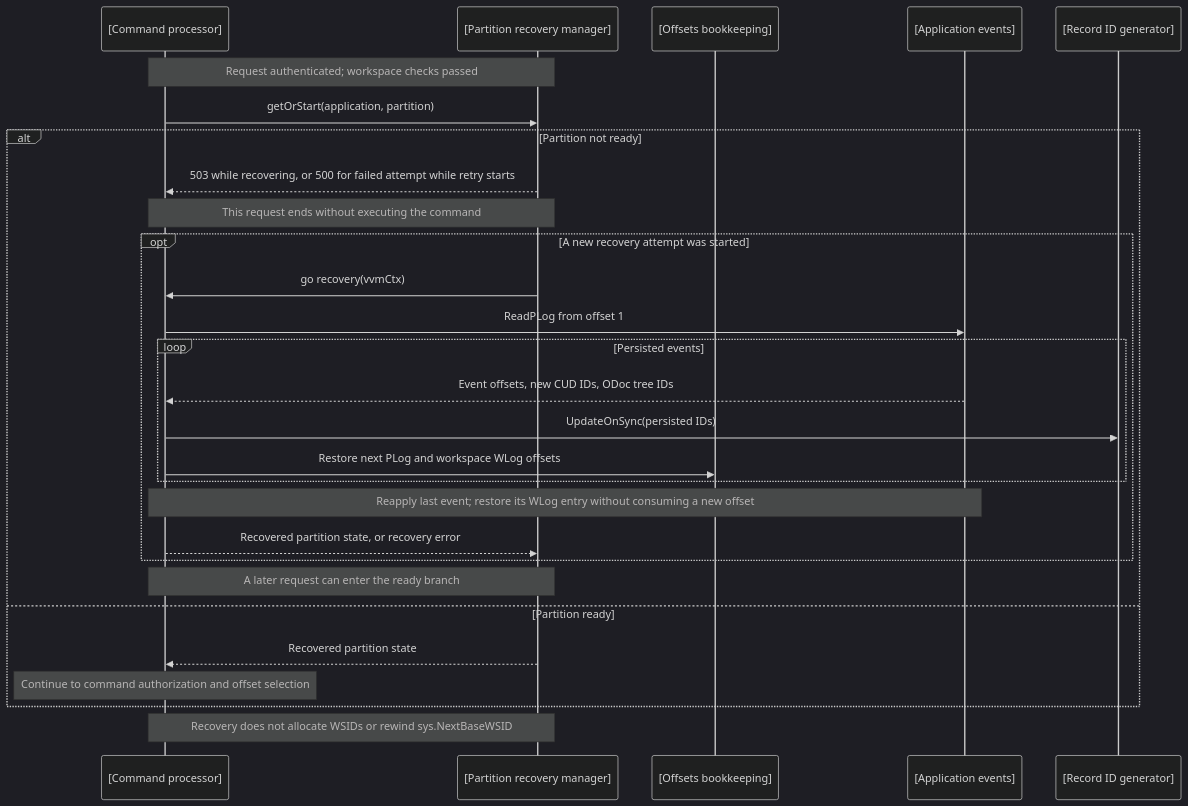
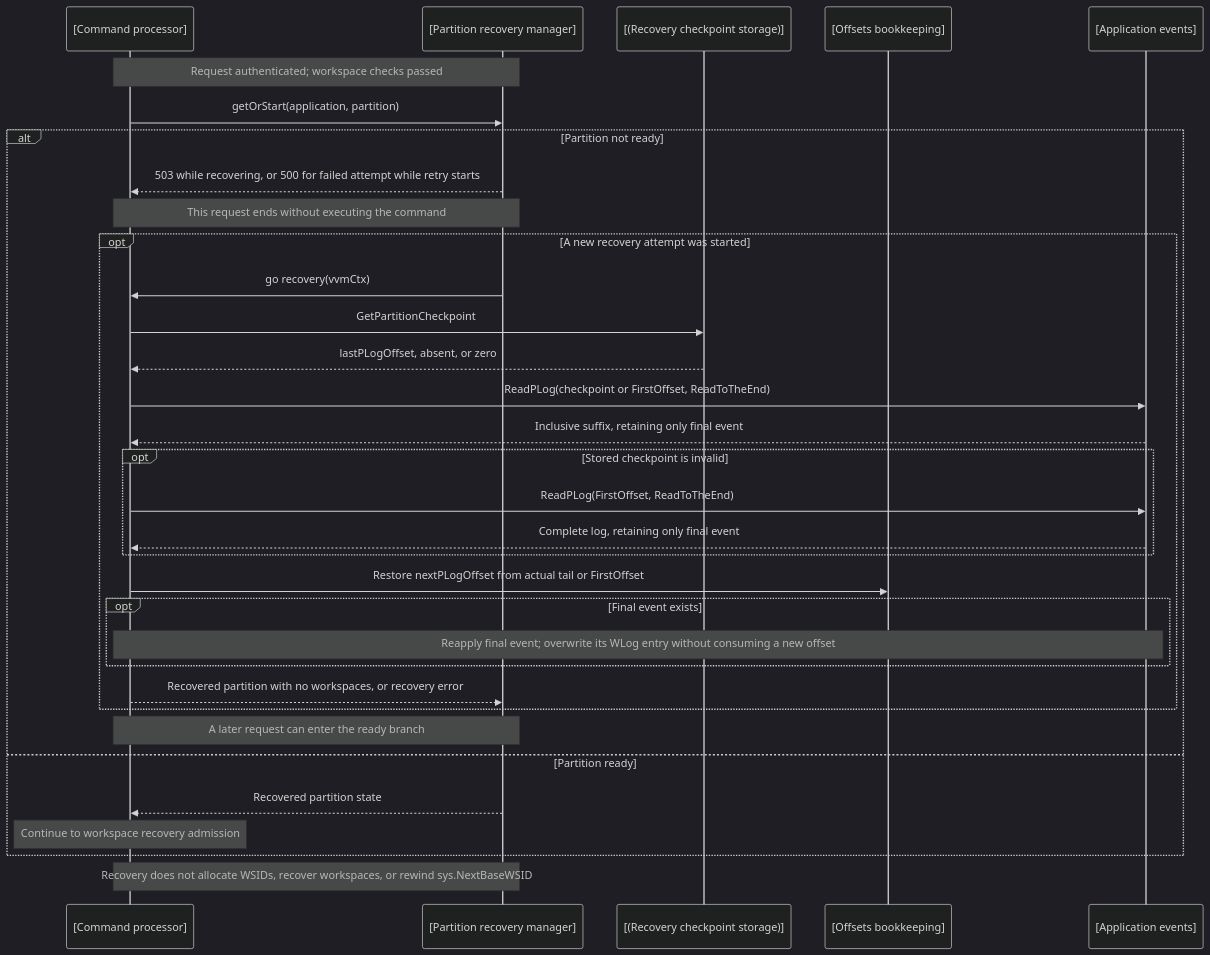
The second of 9 diagrams in uspecs/specs/prod/apps/arch-sequences.md (host6/voedger), drawn with Mermaid (dark theme) before and after one commit. The commit also changed other lines of this file and 1 other file, not shown here.

````diff
--- a/uspecs/specs/prod/apps/arch-sequences.md
+++ b/uspecs/specs/prod/apps/arch-sequences.md
@@ -239,31 +347,36 @@
 ```mermaid
 sequenceDiagram
     participant CP as [Command processor]
-    participant Recovery as [Partition recovery manager]
+    participant PartitionRecovery as [Partition recovery manager]
+    participant Checkpoints as [(Recovery checkpoint storage)]
     participant Offsets as [Offsets bookkeeping]
     participant Events as [Application events]
-    participant IDs as [Record ID generator]
 
-    Note over CP,Recovery: Request authenticated#59; workspace checks passed
-    CP->>Recovery: getOrStart(application, partition)
+    Note over CP,PartitionRecovery: Request authenticated#59; workspace checks passed
+    CP->>PartitionRecovery: getOrStart(application, partition)
     alt Partition not ready
-        Recovery-->>CP: 503 while recovering, or 500 for failed attempt while retry starts
-        Note over CP,Recovery: This request ends without executing the command
+        PartitionRecovery-->>CP: 503 while recovering, or 500 for failed attempt while retry starts
+        Note over CP,PartitionRecovery: This request ends without executing the command
         opt A new recovery attempt was started
-            Recovery->>CP: go recovery(vvmCtx)
-            CP->>Events: ReadPLog from offset 1
-            loop Persisted events
-                Events-->>CP: Event offsets, new CUD IDs, ODoc tree IDs
-                CP->>IDs: UpdateOnSync(persisted IDs)
-                CP->>Offsets: Restore next PLog and workspace WLog offsets
+            PartitionRecovery->>CP: go recovery(vvmCtx)
+            CP->>Checkpoints: GetPartitionCheckpoint
+            Checkpoints-->>CP: lastPLogOffset, absent, or zero
+            CP->>Events: ReadPLog(checkpoint or FirstOffset, ReadToTheEnd)
+            Events-->>CP: Inclusive suffix, retaining only final event
+            opt Stored checkpoint is invalid
+                CP->>Events: ReadPLog(FirstOffset, ReadToTheEnd)
+                Events-->>CP: Complete log, retaining only final event
             end
-            Note over CP,Events: Reapply last event#59; restore its WLog entry without consuming a new offset
-            CP-->>Recovery: Recovered partition state, or recovery error
+            CP->>Offsets: Restore nextPLogOffset from actual tail or FirstOffset
+            opt Final event exists
+                Note over CP,Events: Reapply final event#59; overwrite its WLog entry without consuming a new offset
+            end
+            CP-->>PartitionRecovery: Recovered partition with no workspaces, or recovery error
         end
-        Note over CP,Recovery: A later request can enter the ready branch
+        Note over CP,PartitionRecovery: A later request can enter the ready branch
     else Partition ready
-        Recovery-->>CP: Recovered partition state
-        Note over CP: Continue to command authorization and offset selection
+        PartitionRecovery-->>CP: Recovered partition state
+        Note over CP: Continue to workspace recovery admission
     end
-    Note over CP,Recovery: Recovery does not allocate WSIDs or rewind sys.NextBaseWSID
+    Note over CP,PartitionRecovery: Recovery does not allocate WSIDs, recover workspaces, or rewind sys.NextBaseWSID
 ```
````
